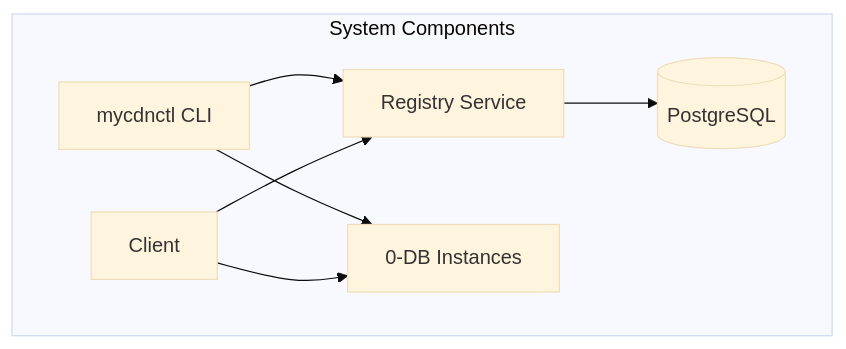
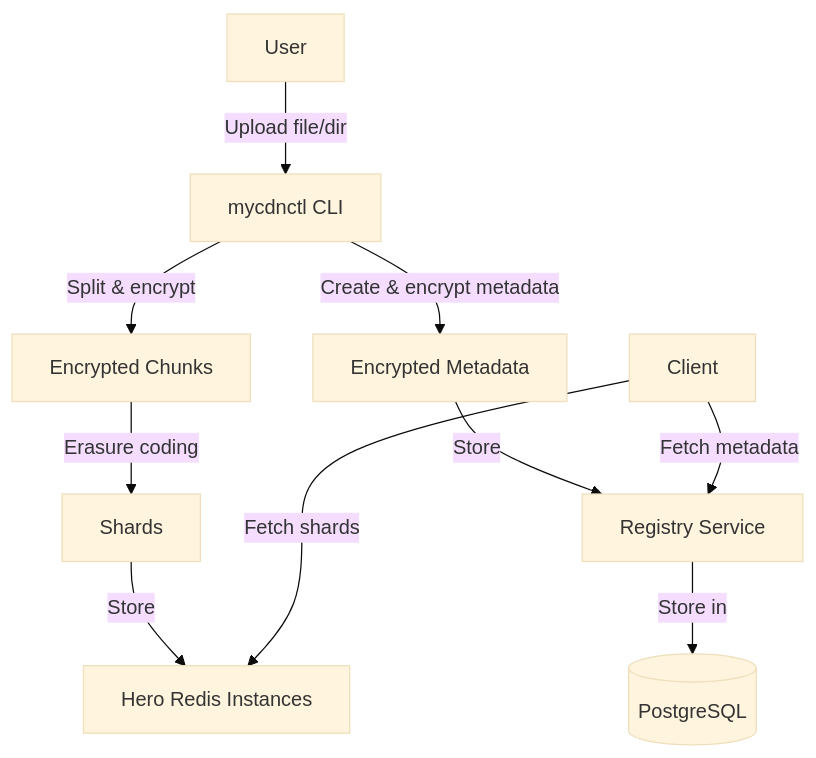
Before and after one commit to threefoldtech/mycelium-cdn-registry: the first of 3 diagrams in docs/README.md, drawn with Mermaid (base theme). The commit also changed other lines of this file and 14 other files, not shown here.

Commit message:
Change 0-db implementation to hero_redis

````diff
--- a/docs/README.md
+++ b/docs/README.md
@@ -5,10 +15,13 @@
 ```mermaid
 graph TD
-    subgraph "System Components"
-        mycdnctl[mycdnctl CLI] --> Registry[Registry Service]
-        Registry --> PostgreSQL[(PostgreSQL)]
-        mycdnctl --> ZDB[0-DB Instances]
-        Client[Client] --> Registry
-        Client --> ZDB
-    end
+    User[User] -->|Upload file/dir| mycdnctl[mycdnctl CLI]
+    mycdnctl -->|Split & encrypt| Chunks[Encrypted Chunks]
+    Chunks -->|Erasure coding| Shards[Shards]
+    Shards -->|Store| HR[Hero Redis Instances]
+    mycdnctl -->|Create & encrypt metadata| EncMeta[Encrypted Metadata]
+    EncMeta -->|Store| Registry[Registry Service]
+    Registry -->|Store in| PostgreSQL[(PostgreSQL)]
+
+    Client[Client] -->|Fetch metadata| Registry
+    Client -->|Fetch shards| HR
 ```
````
